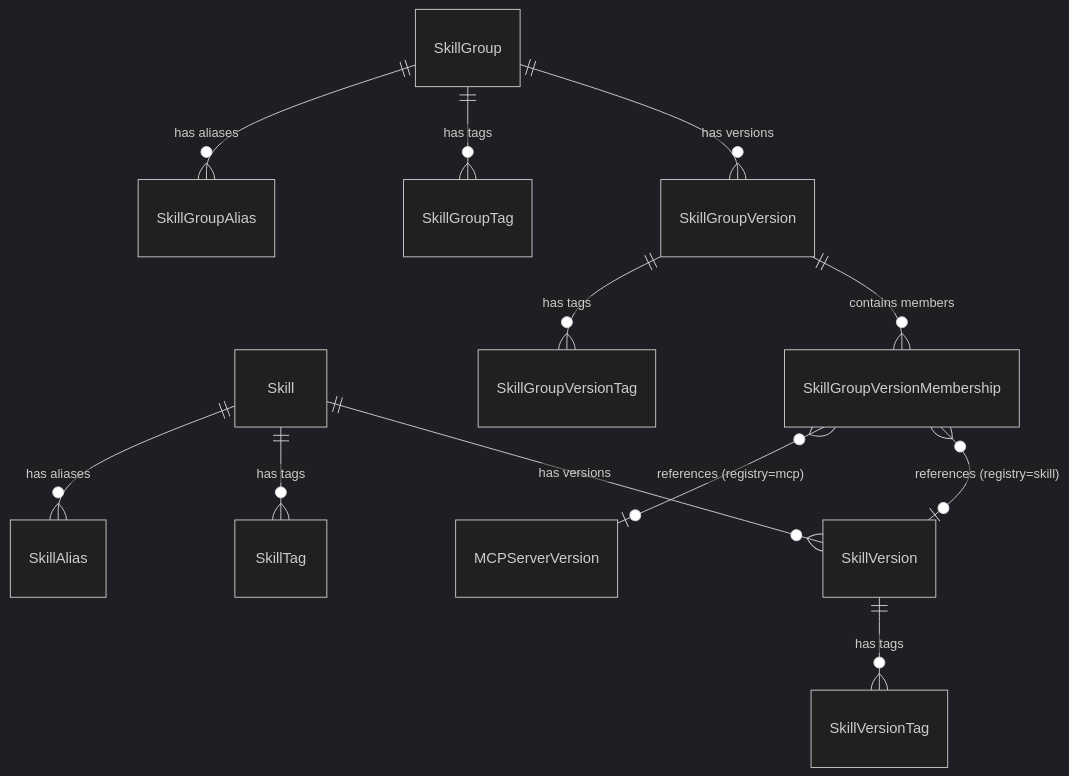
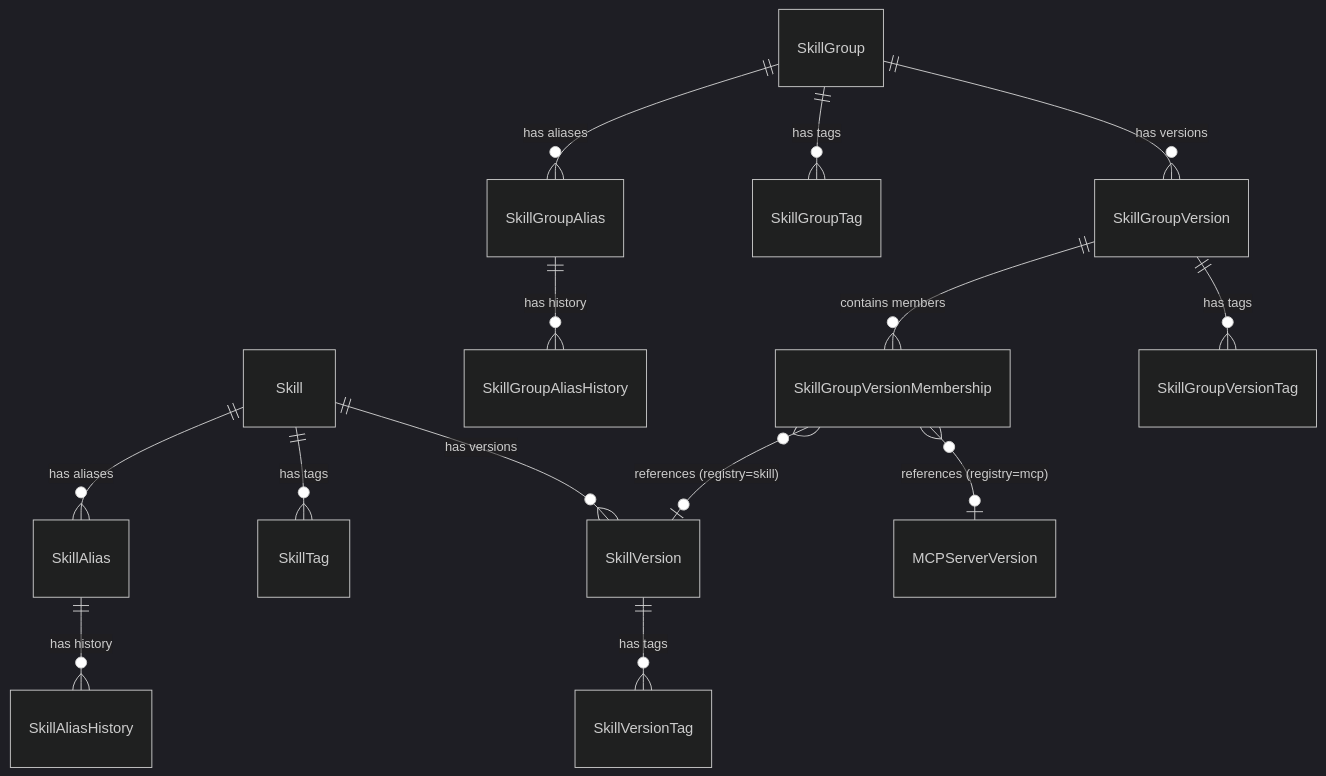
Before and after one commit to mlflow/rfcs: the diagram in rfcs/0005-skill-registry/0005-skill-registry.md, drawn with Mermaid (dark theme). The commit also changed other lines of this file and 1 other file, not shown here.

First line of the commit message:
Add MLflow artifact storage, alias audit trail, export/import follow-up

````diff
--- a/rfcs/0005-skill-registry/0005-skill-registry.md
+++ b/rfcs/0005-skill-registry/0005-skill-registry.md
@@ -420,14 +420,16 @@
 ```mermaid
 erDiagram
 Skill ||--o{ SkillVersion : "has versions"
 Skill ||--o{ SkillTag : "has tags"
 Skill ||--o{ SkillAlias : "has aliases"
+SkillAlias ||--o{ SkillAliasHistory : "has history"
 SkillVersion ||--o{ SkillVersionTag : "has tags"
 SkillGroup ||--o{ SkillGroupVersion : "has versions"
 SkillGroup ||--o{ SkillGroupTag : "has tags"
 SkillGroup ||--o{ SkillGroupAlias : "has aliases"
+SkillGroupAlias ||--o{ SkillGroupAliasHistory : "has history"
 SkillGroupVersion ||--o{ SkillGroupVersionMembership : "contains members"
 SkillGroupVersion ||--o{ SkillGroupVersionTag : "has tags"
 SkillGroupVersionMembership }o--o| SkillVersion : "references (registry=skill)"
 SkillGroupVersionMembership }o--o| MCPServerVersion : "references (registry=mcp)"
 ```
````
